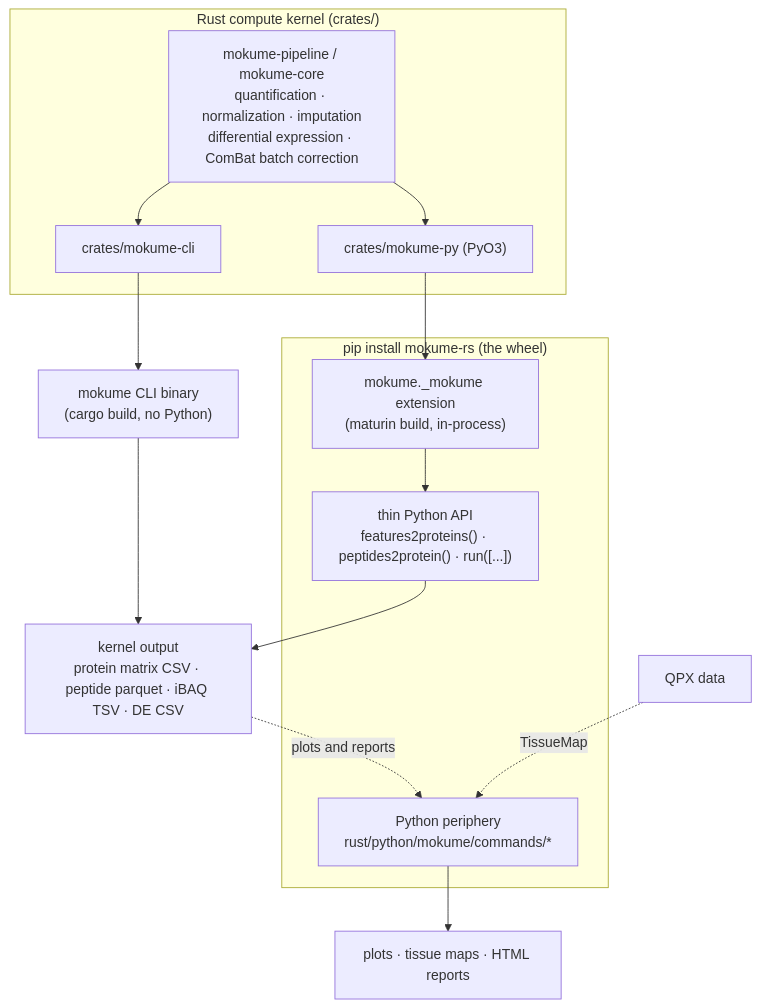
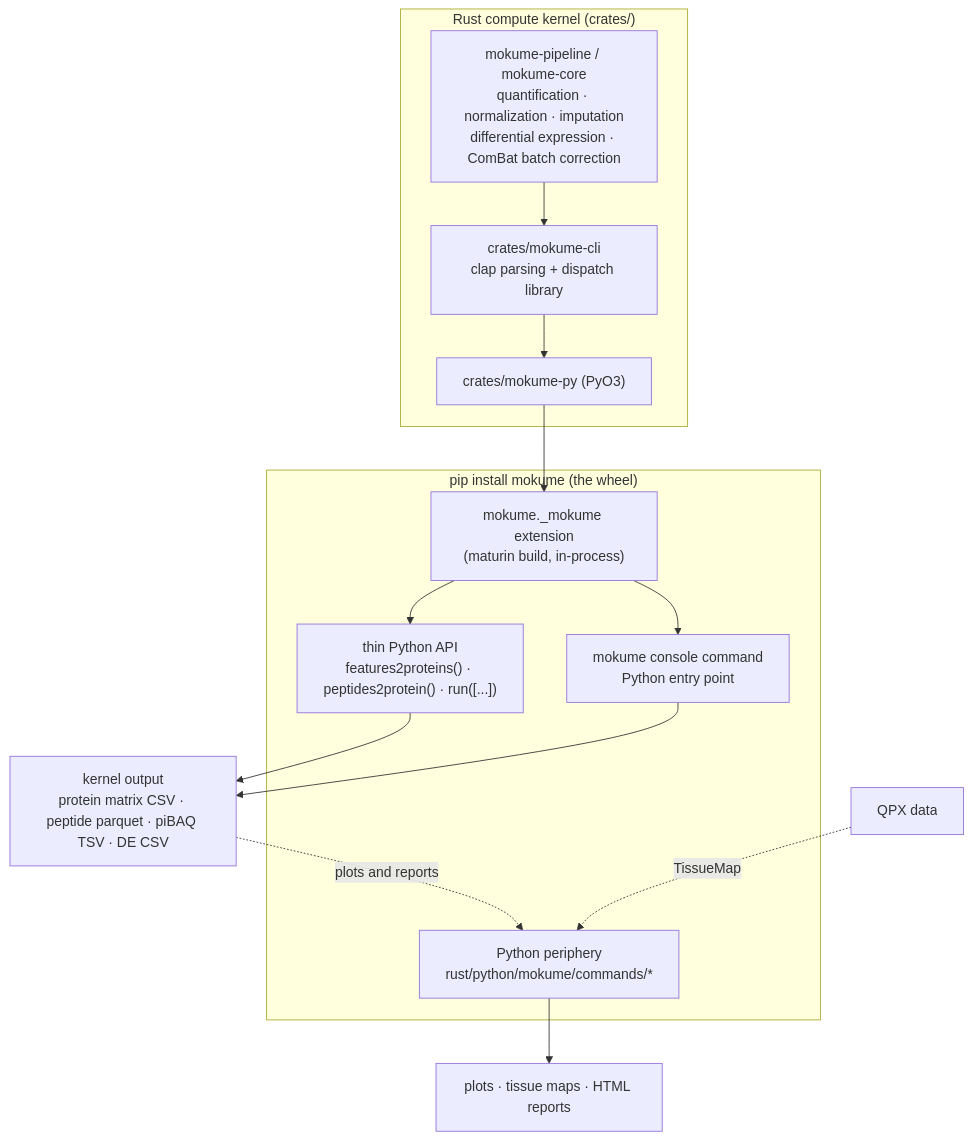
Before and after one commit to Shen-YuFei/mokume: the diagram in docs/architecture.md, drawn with Mermaid. The commit also changed other lines of this file and 50 other files, not shown here.

Commit message:
docs: align architecture and benchmark workflows

````diff
--- a/docs/architecture.md
+++ b/docs/architecture.md
@@ -21,30 +27,30 @@
 ```mermaid
 flowchart TB
     subgraph rust["Rust compute kernel (crates/)"]
         crates["mokume-pipeline / mokume-core<br/>quantification · normalization · imputation<br/>differential expression · ComBat batch correction"]
-        cli_crate["crates/mokume-cli"]
+        cli_crate["crates/mokume-cli<br/>clap parsing + dispatch library"]
         py_crate["crates/mokume-py (PyO3)"]
         crates --> cli_crate
-        crates --> py_crate
+        cli_crate --> py_crate
     end
 
-    bin["mokume CLI binary<br/>(cargo build, no Python)"]
     ext["mokume._mokume extension<br/>(maturin build, in-process)"]
-    cli_crate --> bin
     py_crate --> ext
 
-    subgraph wheel["pip install mokume-rs (the wheel)"]
+    subgraph wheel["pip install mokume (the wheel)"]
         ext
         api["thin Python API<br/>features2proteins() · peptides2protein() · run([...])"]
+        console["mokume console command<br/>Python entry point"]
         periphery["Python periphery<br/>rust/python/mokume/commands/*"]
         ext --> api
+        ext --> console
     end
 
-    out["kernel output<br/>protein matrix CSV · peptide parquet · iBAQ TSV · DE CSV"]
+    out["kernel output<br/>protein matrix CSV · peptide parquet · piBAQ TSV · DE CSV"]
     qpx["QPX data"]
-    bin --> out
     api --> out
+    console --> out
     out -. plots and reports .-> periphery
     qpx -. TissueMap .-> periphery
     periphery --> figs["plots · tissue maps · HTML reports"]
 ```
````
